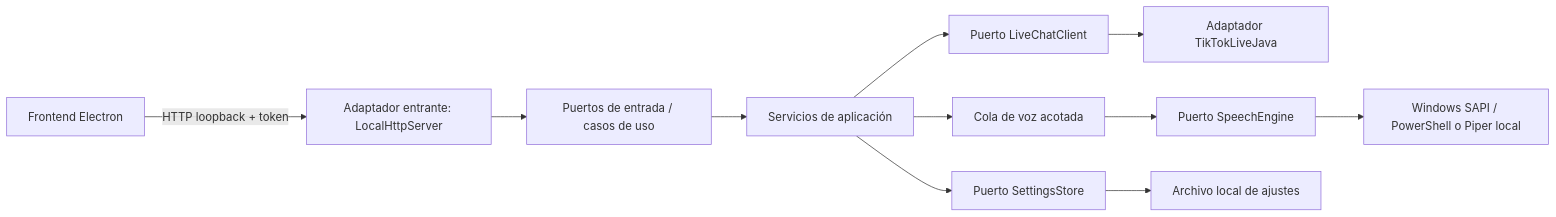
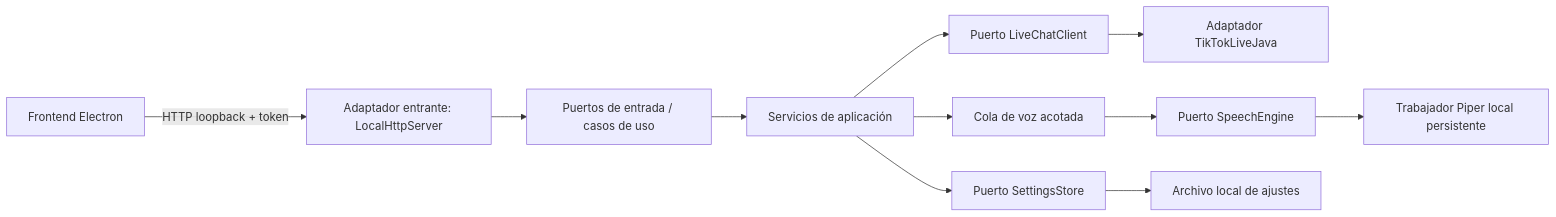
Before and after one commit to zero780/live-chat-tts: the diagram in backend/README.es.md, drawn with Mermaid. The commit also changed other lines of this file and 21 other files, not shown here.

````diff
--- a/backend/README.es.md
+++ b/backend/README.es.md
@@ -20,13 +20,13 @@
 ```mermaid
 graph LR
   UI[Frontend Electron] -->|HTTP loopback + token| HTTP[Adaptador entrante: LocalHttpServer]
   HTTP --> IN[Puertos de entrada / casos de uso]
   IN --> APP[Servicios de aplicación]
   APP --> Q[Cola de voz acotada]
   APP --> LIVE[Puerto LiveChatClient]
   LIVE --> TT[Adaptador TikTokLiveJava]
-  Q --> SAPI[Puerto SpeechEngine]
-  SAPI --> PS[Windows SAPI / PowerShell o Piper local]
+  Q --> SPEECH[Puerto SpeechEngine]
+  SPEECH --> PIPER[Trabajador Piper local persistente]
   APP --> STORE[Puerto SettingsStore]
   STORE --> FILE[Archivo local de ajustes]
 ```
````
